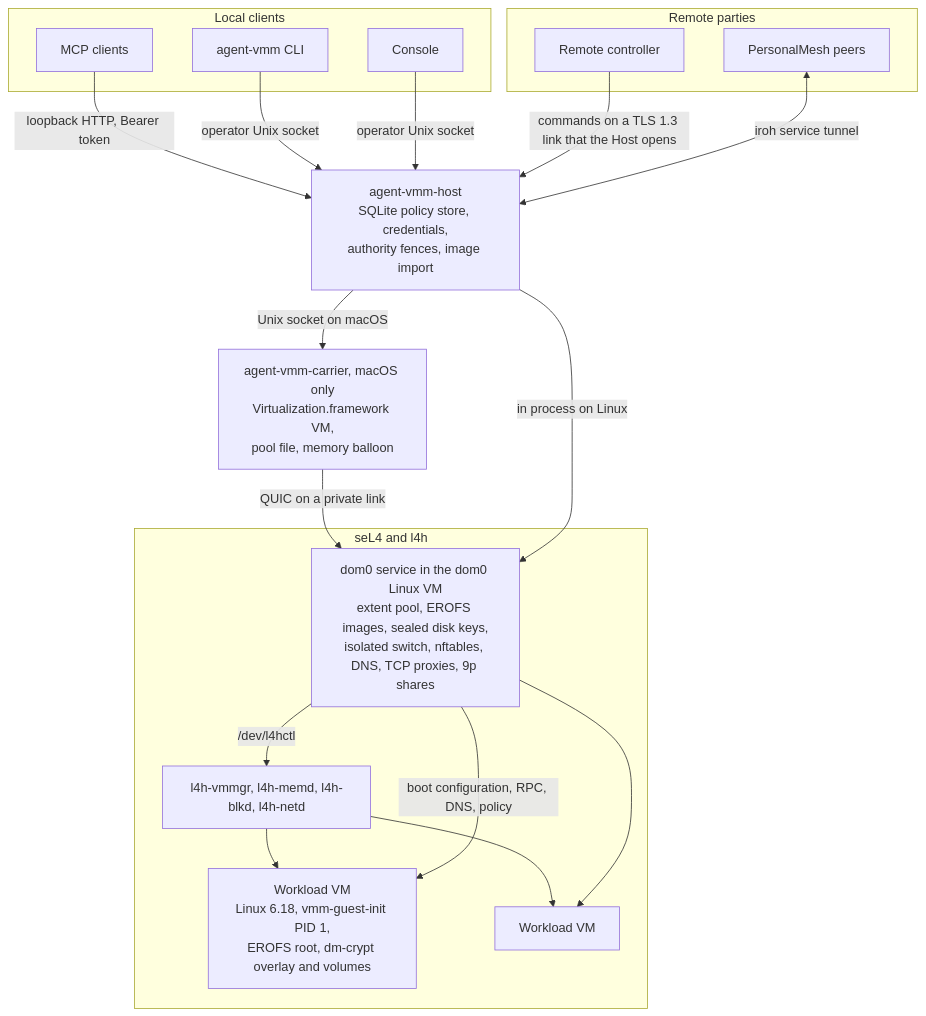
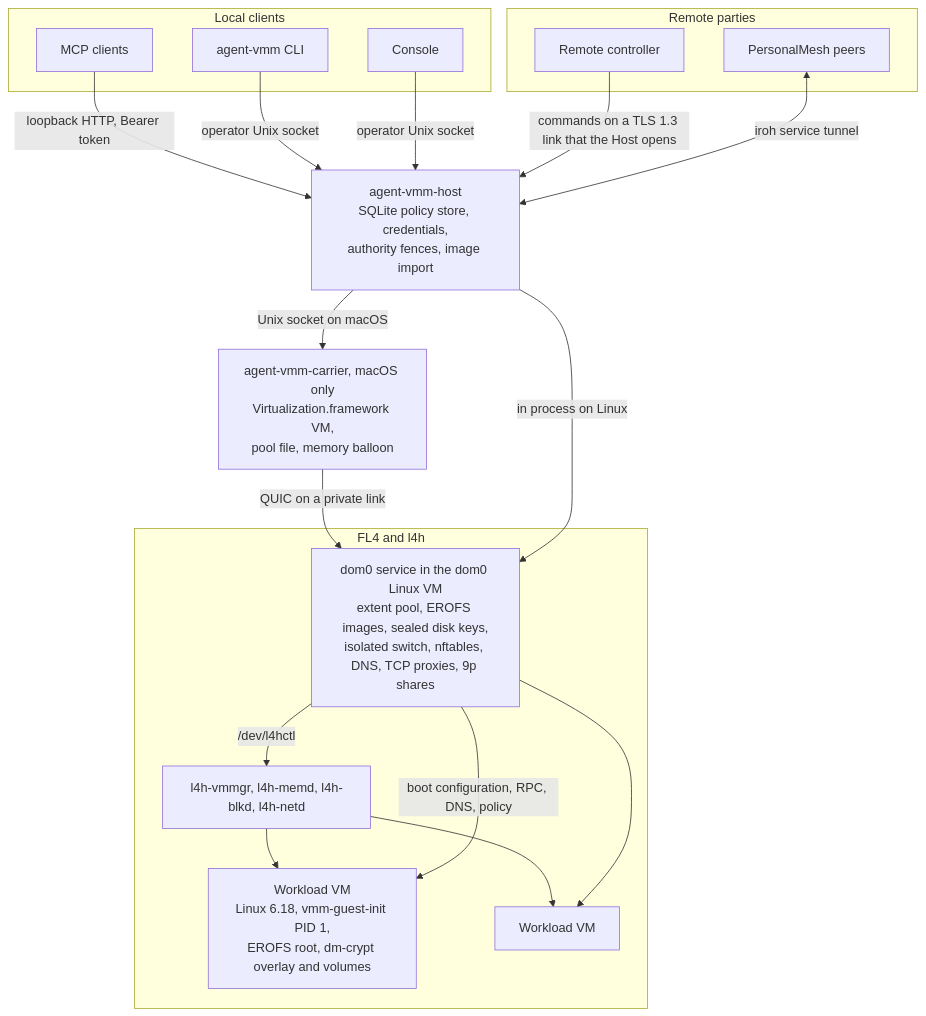
Before and after one commit to AFK-surf/agent-vmm: the diagram in README.md, drawn with Mermaid. The commit also changed other lines of this file and 1006 other files, not shown here.

````diff
--- a/README.md
+++ b/README.md
@@ -45,33 +45,33 @@
 ```mermaid
 flowchart TB
   subgraph local [Local clients]
     MCP[MCP clients]
     CLI[agent-vmm CLI]
     Console[Console]
   end
   subgraph remote [Remote parties]
     Controller[Remote controller]
     Peers[PersonalMesh peers]
   end
   Host["agent-vmm-host<br/>SQLite policy store, credentials,<br/>authority fences, image import"]
   Carrier["agent-vmm-carrier, macOS only<br/>Virtualization.framework VM,<br/>pool file, memory balloon"]
-  subgraph machine [seL4 and l4h]
+  subgraph machine [FL4 and l4h]
     Dom0["dom0 service in the dom0 Linux VM<br/>extent pool, EROFS images, sealed disk keys,<br/>isolated switch, nftables, DNS, TCP proxies, 9p shares"]
     System["l4h-vmmgr, l4h-memd, l4h-blkd, l4h-netd"]
     VM1["Workload VM<br/>Linux 6.18, vmm-guest-init PID 1,<br/>EROFS root, dm-crypt overlay and volumes"]
     VM2[Workload VM]
   end
   MCP -->|loopback HTTP, Bearer token| Host
   CLI -->|operator Unix socket| Host
   Console -->|operator Unix socket| Host
   Controller -->|commands on a TLS 1.3 link that the Host opens| Host
   Peers <-->|iroh service tunnel| Host
   Host -->|Unix socket on macOS| Carrier
   Carrier -->|QUIC on a private link| Dom0
   Host -->|in process on Linux| Dom0
   Dom0 -->|"/dev/l4hctl"| System
   System --> VM1
   System --> VM2
   Dom0 -->|boot configuration, RPC, DNS, policy| VM1
   Dom0 --> VM2
 ```
````
